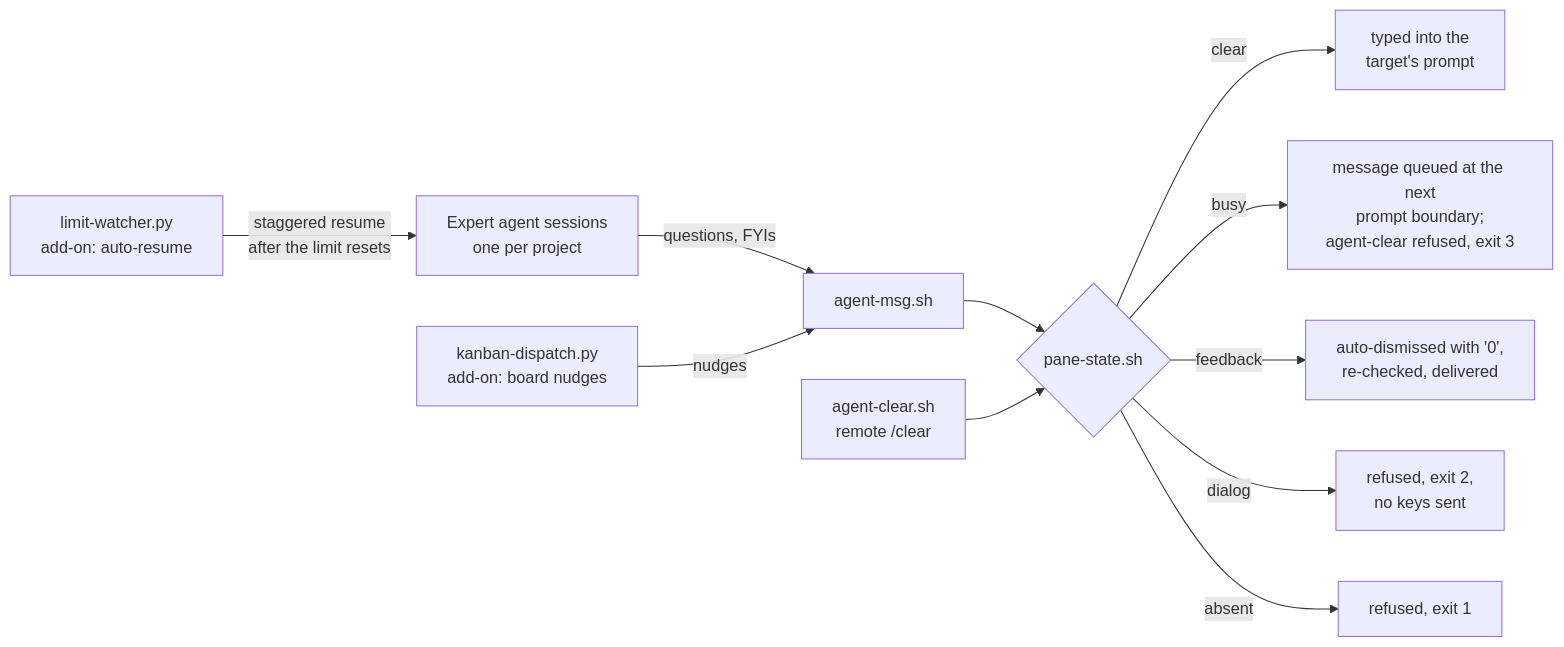
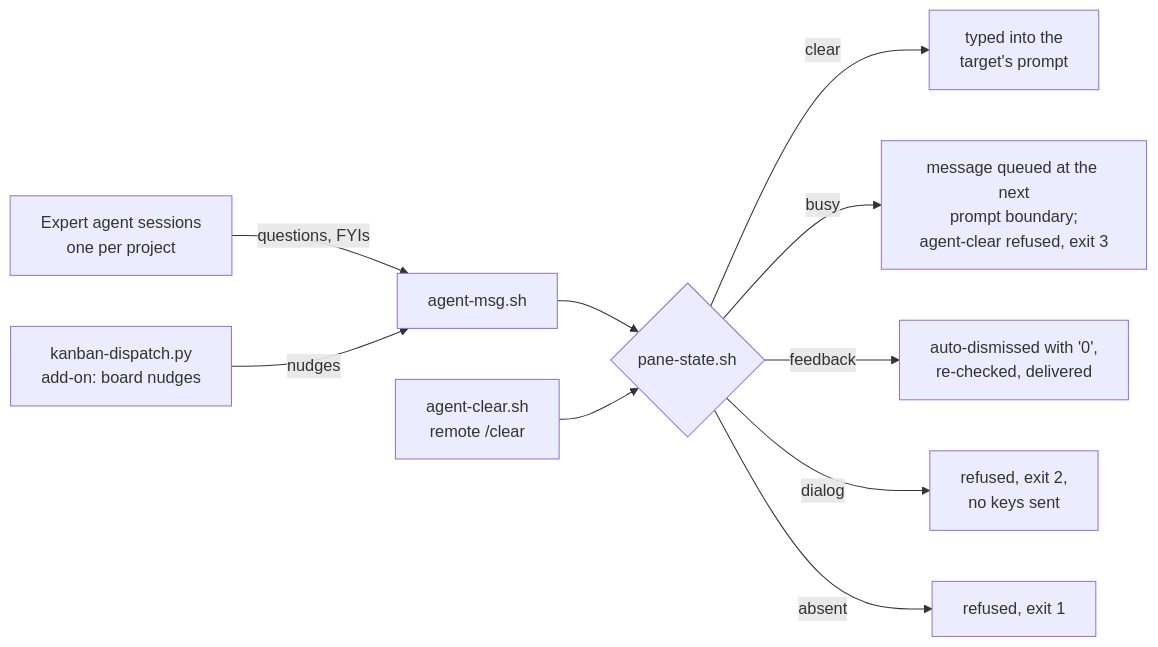
Before and after one commit to luca-bettermann/multi-agent-infra: the diagram in README.md, drawn with Mermaid. The commit also changed other lines of this file and 3 other files, not shown here.

First line of the commit message:
Retire the usage-limit watcher

````diff
--- a/README.md
+++ b/README.md
@@ -11,13 +11,12 @@
 ```mermaid
 flowchart LR
     agents[Expert agent sessions<br>one per project] -->|questions, FYIs| msg[agent-msg.sh]
     dispatcher[kanban-dispatch.py<br>add-on: board nudges] -->|nudges| msg
     msg --> pane{pane-state.sh}
     clearer[agent-clear.sh<br>remote /clear] --> pane
     pane -->|clear| deliver[typed into the<br>target's prompt]
     pane -->|busy| queued[message queued at the next<br>prompt boundary;<br>agent-clear refused, exit 3]
     pane -->|feedback| dismiss[auto-dismissed with '0',<br>re-checked, delivered]
     pane -->|dialog| refuse[refused, exit 2,<br>no keys sent]
     pane -->|absent| fail[refused, exit 1]
-    watcher[limit-watcher.py<br>add-on: auto-resume] -->|staggered resume<br>after the limit resets| agents
 ```
````
